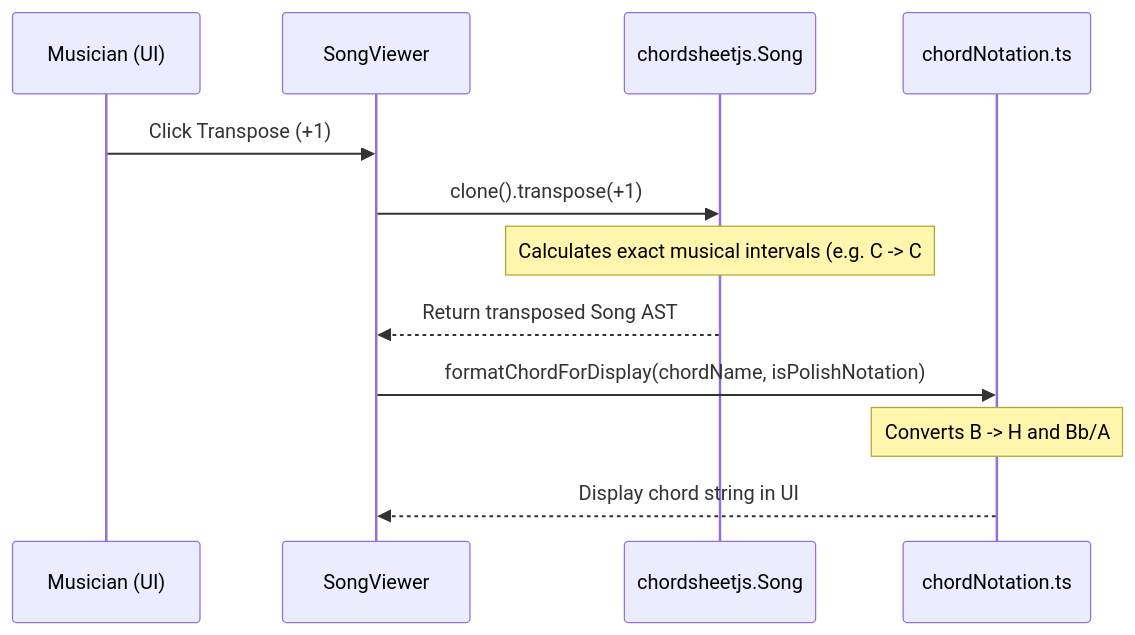
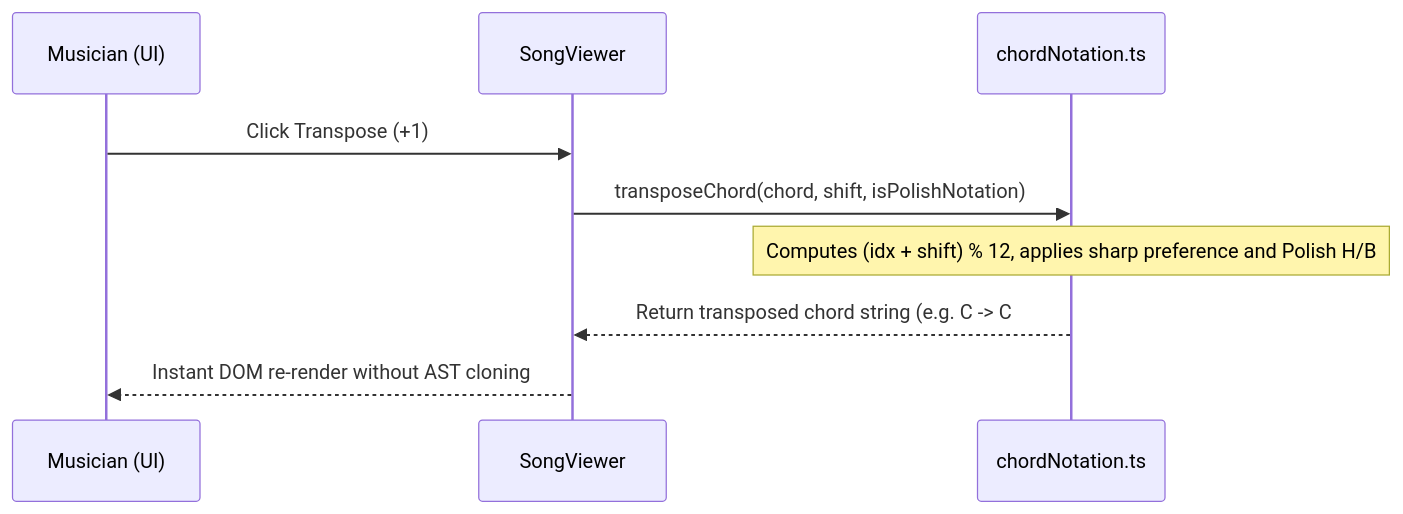
The second of 3 diagrams in docs/PLAN.md (GasiorMateusz/spiewnik), drawn with Mermaid before and after one commit. The commit also changed other lines of this file and 10 other files, not shown here.

First line of the commit message:
refactor: streamline architecture and replace heavy deps with native engine

````diff
--- a/docs/PLAN.md
+++ b/docs/PLAN.md
@@ -118,15 +117,12 @@
 ```mermaid
 sequenceDiagram
     participant User as Musician (UI)
     participant Viewer as SongViewer
-    participant CS as chordsheetjs.Song
-    participant Formatter as chordNotation.ts
+    participant Transposer as chordNotation.ts
 
     User->>Viewer: Click Transpose (+1)
-    Viewer->>CS: clone().transpose(+1)
-    Note over CS: Calculates exact musical intervals (e.g. C -> C#, F -> F#)
-    CS-->>Viewer: Return transposed Song AST
-    Viewer->>Formatter: formatChordForDisplay(chordName, isPolishNotation)
-    Note over Formatter: Converts B -> H and Bb/A# -> B (if Polish mode active)
-    Formatter-->>Viewer: Display chord string in UI
+    Viewer->>Transposer: transposeChord(chord, shift, isPolishNotation)
+    Note over Transposer: Computes (idx + shift) % 12, applies sharp preference and Polish H/B
+    Transposer-->>Viewer: Return transposed chord string (e.g. C -> C#, Am -> Bm/Hm)
+    Viewer-->>User: Instant DOM re-render without AST cloning
 ```
````
